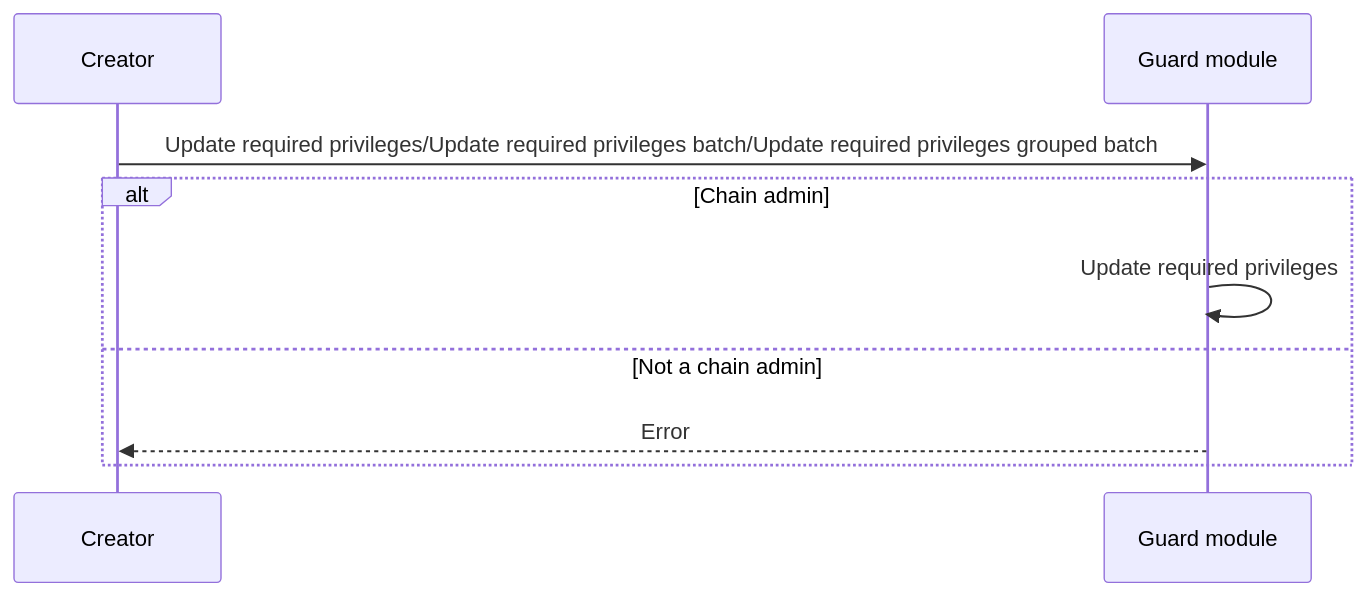
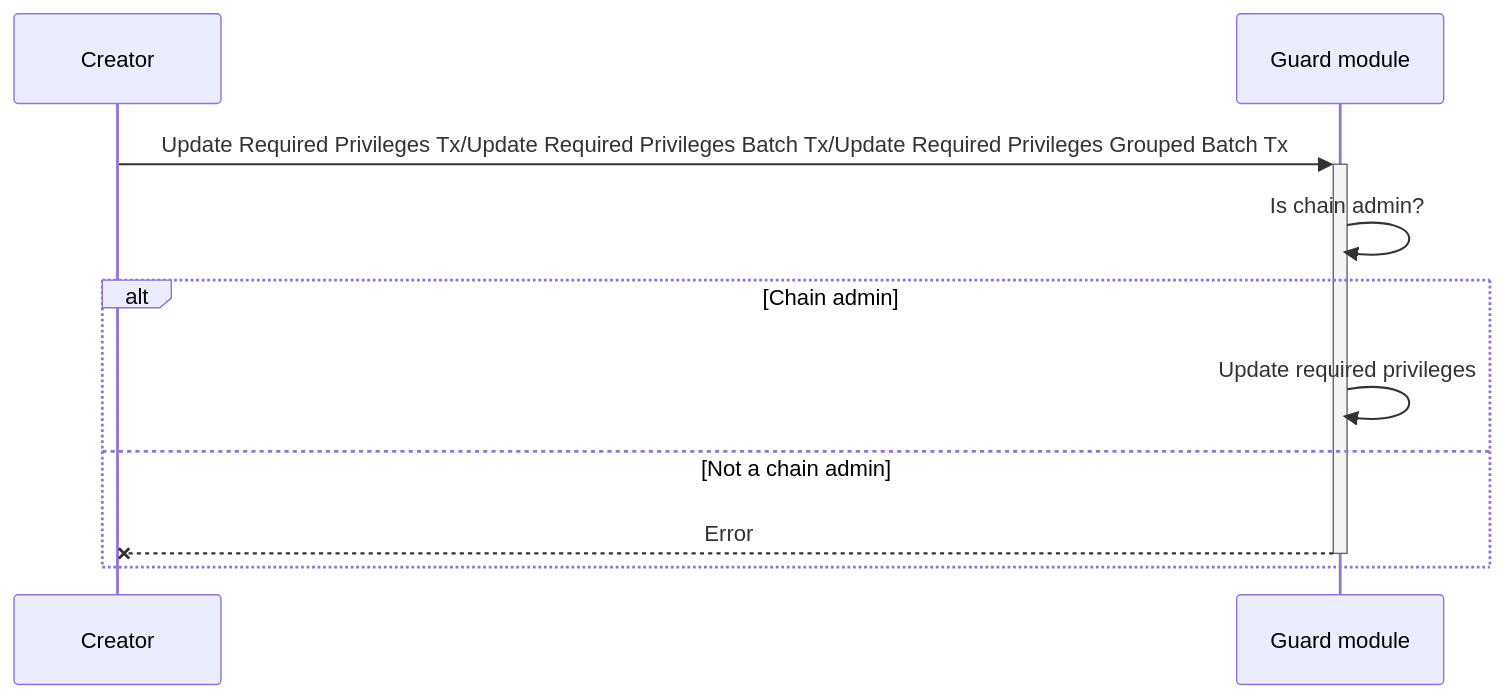
The second of 4 diagrams in x/guard/spec/04_txs_flows.md (MANTRA-Chain/mantrachain), drawn with Mermaid before and after one commit. The commit also changed other lines of this file and 12 other files, not shown here.

Commit message:
docs: add update txs flows docs

````diff
--- a/x/guard/spec/04_txs_flows.md
+++ b/x/guard/spec/04_txs_flows.md
@@ -19,9 +20,10 @@
 ```mermaid
 sequenceDiagram
-Creator ->> Guard module: Update required privileges/Update required privileges batch/Update required privileges grouped batch
+Creator->>+Guard module: Update Required Privileges Tx/Update Required Privileges Batch Tx/Update Required Privileges Grouped Batch Tx
+Guard module->>Guard module: Is chain admin?
 alt Chain admin
-  Guard module->> Guard module: Update required privileges
+  Guard module->>Guard module: Update required privileges
 else Not a chain admin
-  Guard module-->> Creator: Error
+  Guard module--x-Creator: Error
 end
 ```
````
